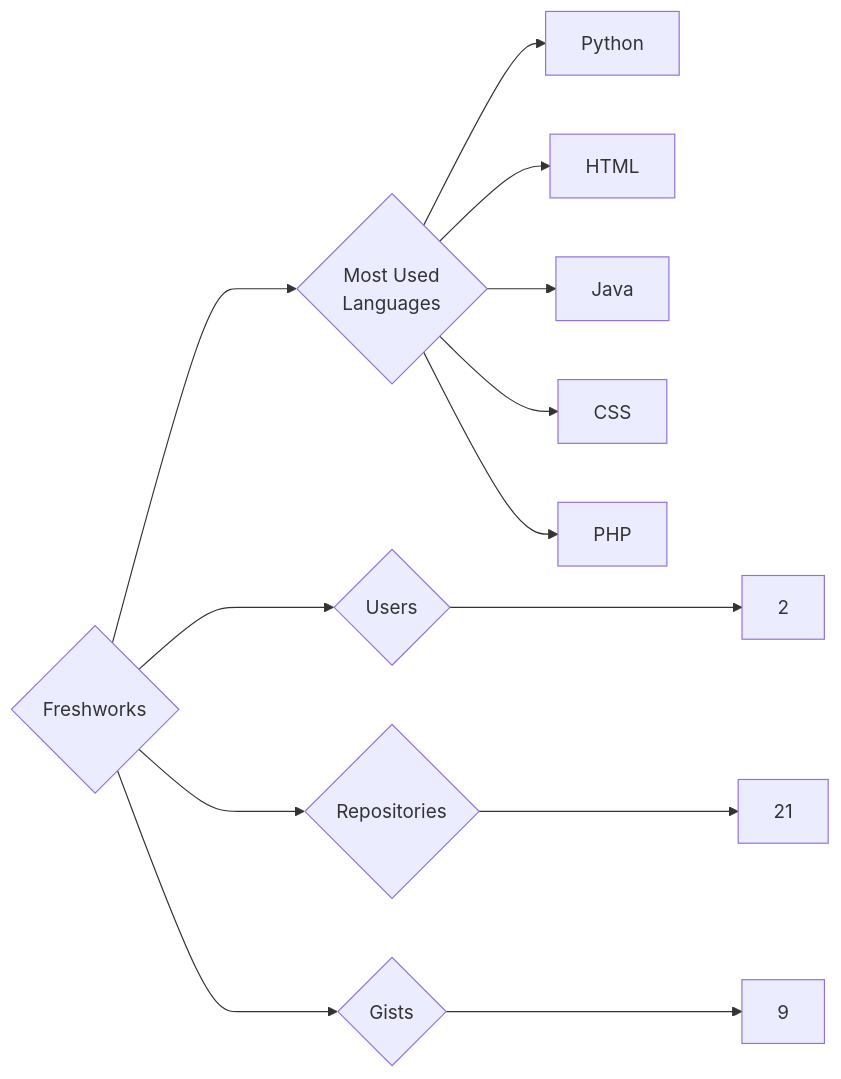
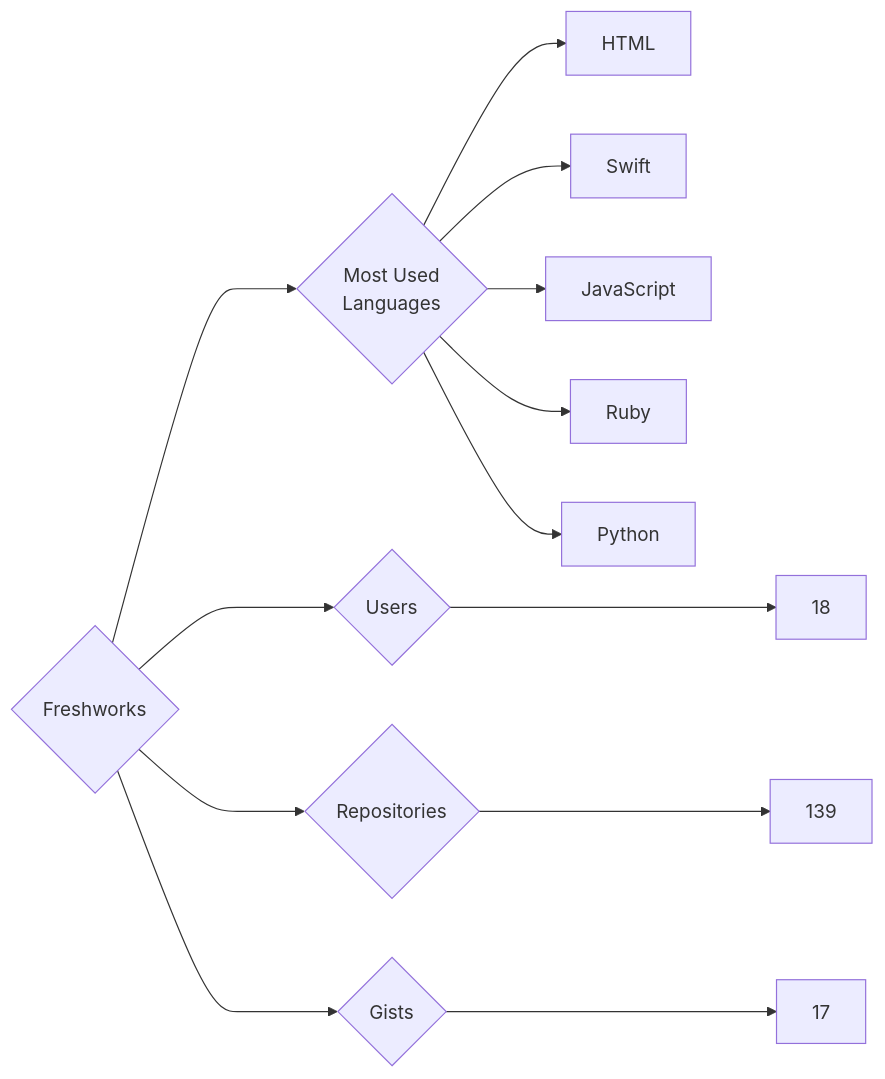
One commit to trickest/insiders changed the diagram in targets/Freshworks/README.md. Above: the diagram before and after it, drawn with Mermaid. The commit also changed 745 other files, not shown here.

````diff
--- a/targets/Freshworks/README.md
+++ b/targets/Freshworks/README.md
@@ -3,13 +3,13 @@
 ```mermaid
 graph LR
 COMPANY_NAME{Freshworks}
-COMPANY_NAME ---> U{Users} ---> UN[2]
-COMPANY_NAME ---> R{Repositories} ---> RN[21]
-COMPANY_NAME ---> G{Gists} ---> GN[9]
+COMPANY_NAME ---> U{Users} ---> UN[18]
+COMPANY_NAME ---> R{Repositories} ---> RN[139]
+COMPANY_NAME ---> G{Gists} ---> GN[17]
 COMPANY_NAME ---> ML{Most Used<br>Languages}
+ML --> HTML[HTML]
+ML --> Swift[Swift]
+ML --> JavaScript[JavaScript]
+ML --> Ruby[Ruby]
 ML --> Python[Python]
-ML --> HTML[HTML]
-ML --> Java[Java]
-ML --> CSS[CSS]
-ML --> PHP[PHP]
 ```
````
